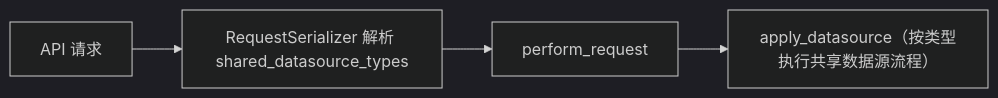
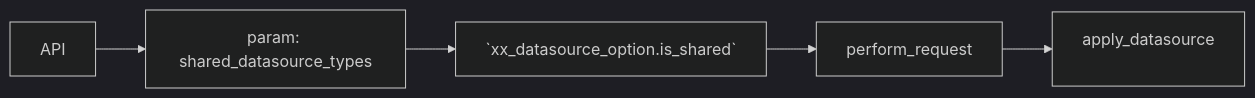
Before and after one commit to ZhuoZhuoCrayon/ai-workspace: the ninth of 10 diagrams in knowledge/bkmonitor/issues/2026-03-03-apm-shared-datasource/PLAN.md, drawn with Mermaid (dark theme). The commit also changed other lines of this file, not shown here.

First line of the commit message:
docs(bkmonitor): refine APM shared datasource PLAN structure and diagrams

````diff
--- a/knowledge/bkmonitor/issues/2026-03-03-apm-shared-datasource/PLAN.md
+++ b/knowledge/bkmonitor/issues/2026-03-03-apm-shared-datasource/PLAN.md
@@ -307,6 +332,7 @@
 ```mermaid
 flowchart LR
-    A[API 请求] --> B[RequestSerializer 解析 shared_datasource_types]
-    B --> C[perform_request]
-    C --> D["apply_datasource（按类型执行共享数据源流程）"]
+    A[API] --> B[param: shared_datasource_types]
+    B --> C[`xx_datasource_option.is_shared`]
+    C --> D[perform_request]
+    D --> E["apply_datasource<option>"]
 ```
````
